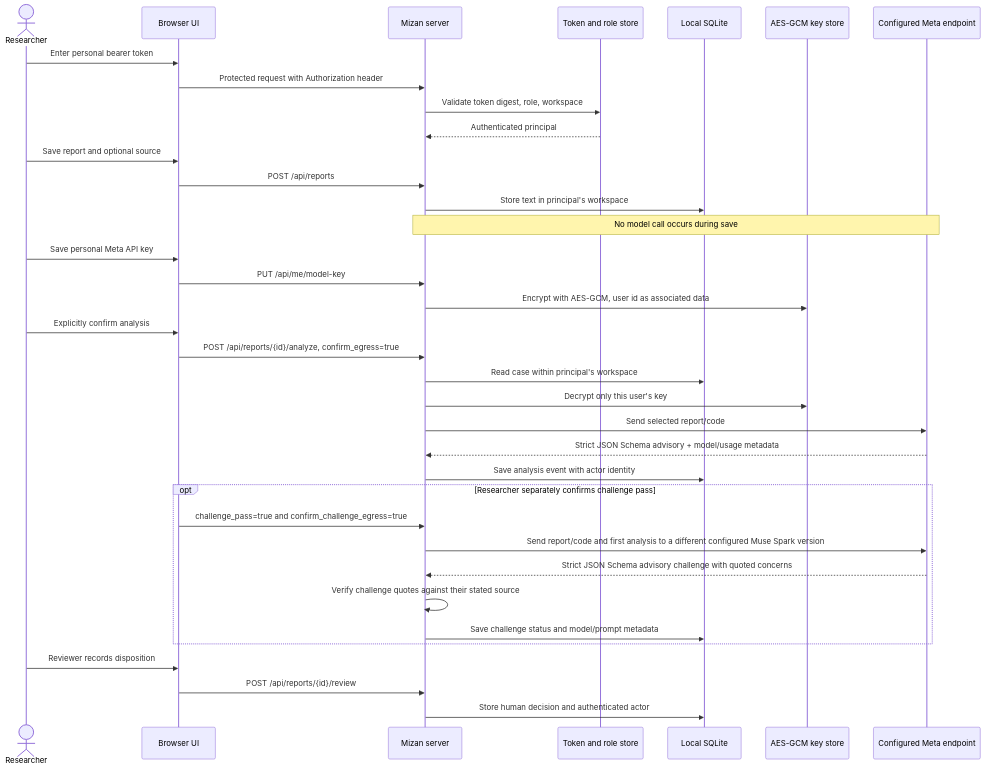
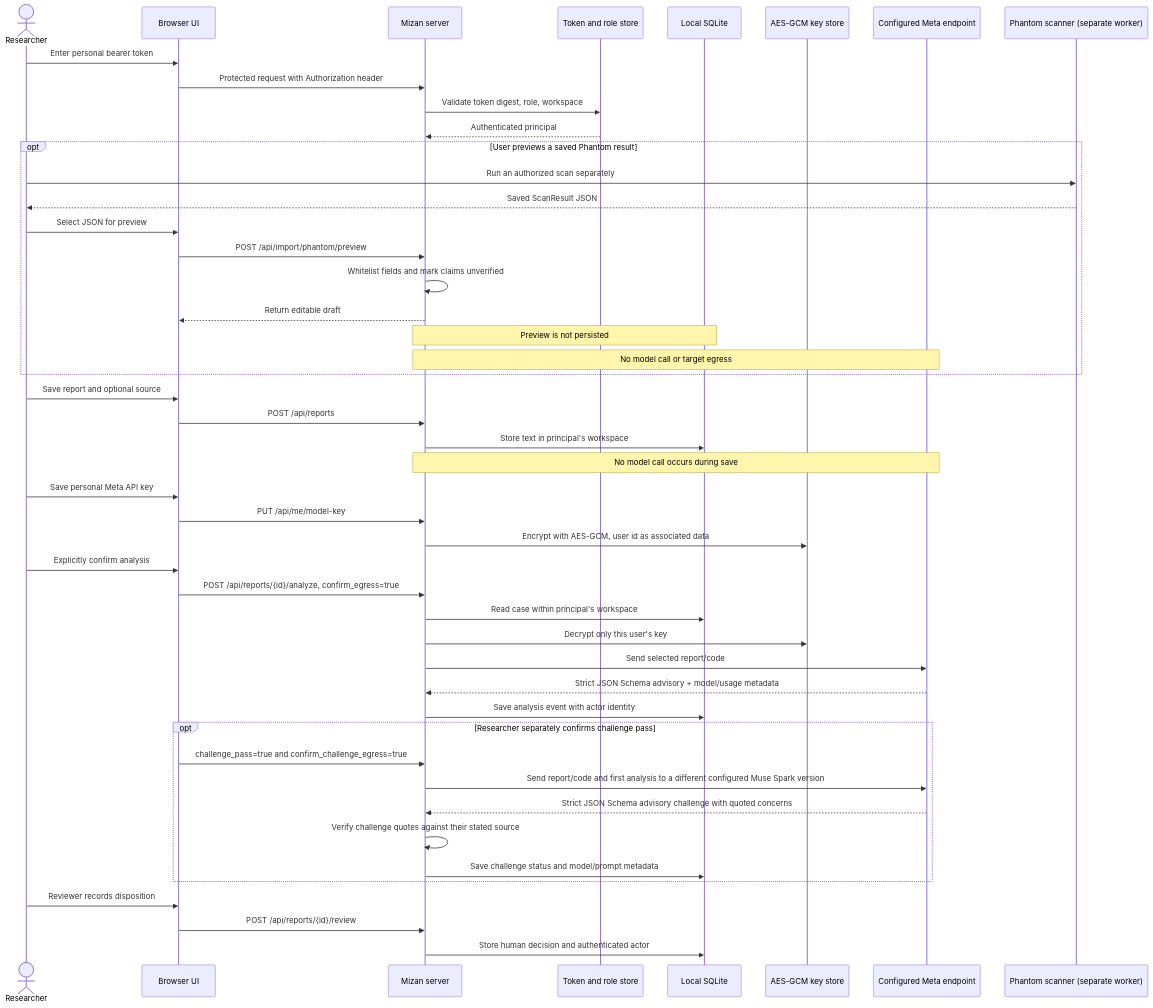
One commit to aimenhamzi01-dot/mizan changed the first of 2 diagrams in docs/ARCHITECTURE.md. Above: the diagram before and after it, drawn with Mermaid. The commit also changed other lines of this file and 9 other files, not shown here.

Commit message:
Add safe Phantom result import preview

````diff
--- a/docs/ARCHITECTURE.md
+++ b/docs/ARCHITECTURE.md
@@ -29,39 +30,50 @@
 ```mermaid
 sequenceDiagram
     actor Researcher
     participant UI as Browser UI
     participant API as Mizan server
     participant Auth as Token and role store
     participant DB as Local SQLite
     participant Keys as AES-GCM key store
     participant Model as Configured Meta endpoint
+    participant Phantom as Phantom scanner (separate worker)
 
     Researcher->>UI: Enter personal bearer token
     UI->>API: Protected request with Authorization header
     API->>Auth: Validate token digest, role, workspace
     Auth-->>API: Authenticated principal
+    opt User previews a saved Phantom result
+        Researcher->>Phantom: Run an authorized scan separately
+        Phantom-->>Researcher: Saved ScanResult JSON
+        Researcher->>UI: Select JSON for preview
+        UI->>API: POST /api/import/phantom/preview
+        API->>API: Whitelist fields and mark claims unverified
+        API-->>UI: Return editable draft
+        Note over API,DB: Preview is not persisted
+        Note over API,Model: No model call or target egress
+    end
     Researcher->>UI: Save report and optional source
     UI->>API: POST /api/reports
     API->>DB: Store text in principal's workspace
     Note over API,Model: No model call occurs during save
     Researcher->>UI: Save personal Meta API key
     UI->>API: PUT /api/me/model-key
     API->>Keys: Encrypt with AES-GCM, user id as associated data
     Researcher->>UI: Explicitly confirm analysis
     UI->>API: POST /api/reports/{id}/analyze, confirm_egress=true
     API->>DB: Read case within principal's workspace
     API->>Keys: Decrypt only this user's key
     API->>Model: Send selected report/code
     Model-->>API: Strict JSON Schema advisory + model/usage metadata
     API->>DB: Save analysis event with actor identity
     opt Researcher separately confirms challenge pass
         UI->>API: challenge_pass=true and confirm_challenge_egress=true
         API->>Model: Send report/code and first analysis to a different configured Muse Spark version
         Model-->>API: Strict JSON Schema advisory challenge with quoted concerns
         API->>API: Verify challenge quotes against their stated source
         API->>DB: Save challenge status and model/prompt metadata
     end
     Researcher->>UI: Reviewer records disposition
     UI->>API: POST /api/reports/{id}/review
     API->>DB: Store human decision and authenticated actor
 ```
````
